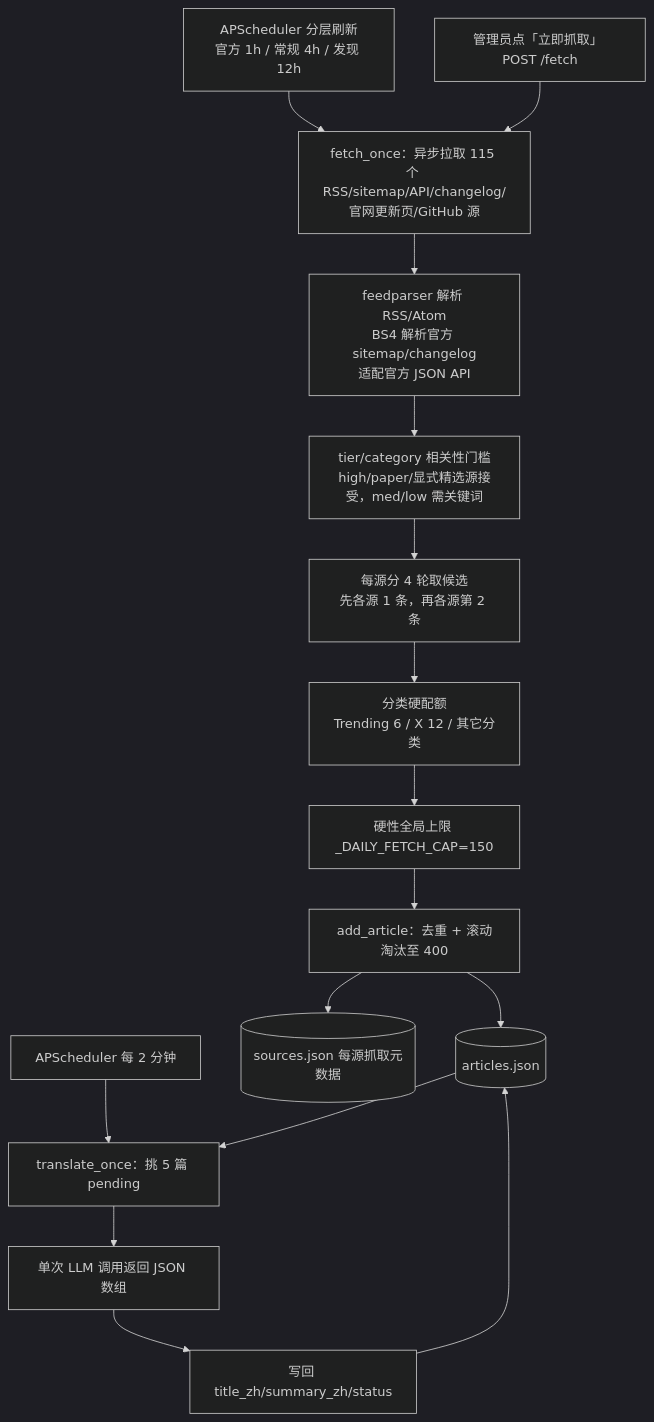
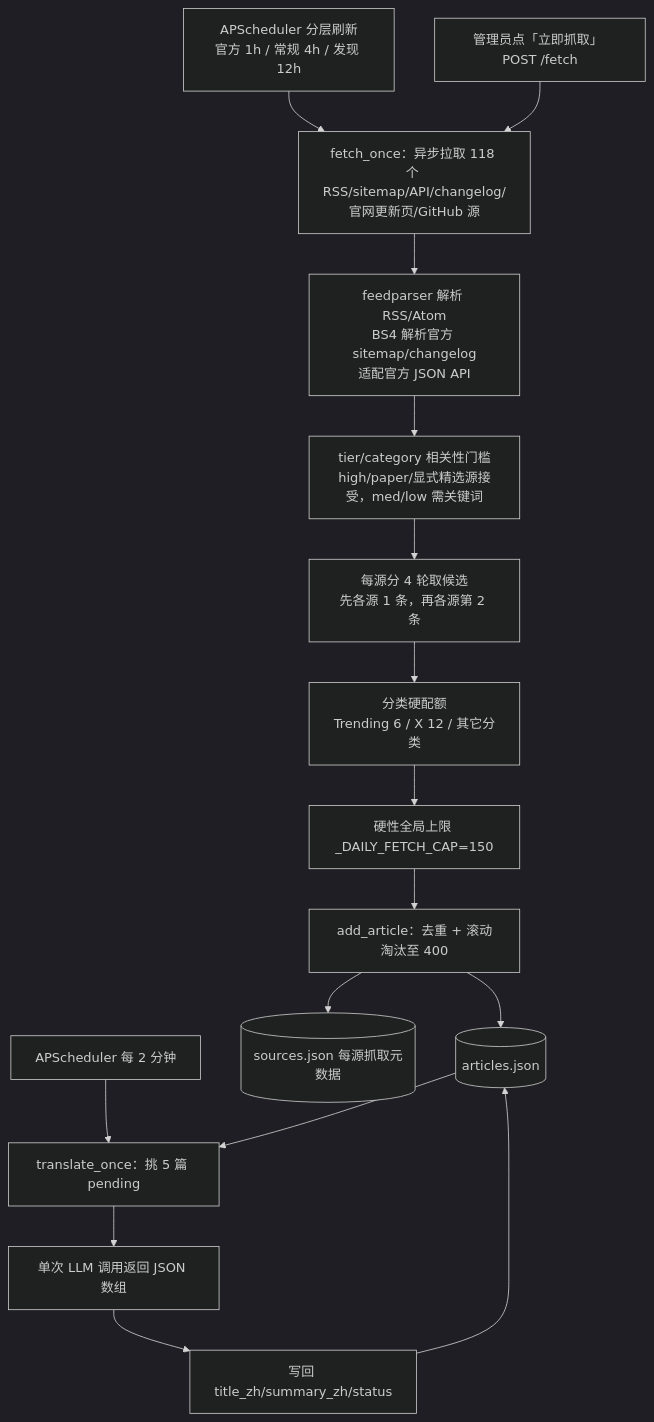
The diagram in llmdoc/architecture/rss-pipeline-architecture.md (nikefd/ai-frontier-agent), drawn with Mermaid (dark theme) before and after one commit. The commit also changed other lines of this file and 13 other files, not shown here.

````diff
--- a/llmdoc/architecture/rss-pipeline-architecture.md
+++ b/llmdoc/architecture/rss-pipeline-architecture.md
@@ -10,20 +10,20 @@
 ```mermaid
 flowchart TD
   cron[APScheduler 分层刷新<br/>官方 1h / 常规 4h / 发现 12h] --> fetch
   manual[管理员点「立即抓取」 POST /fetch] --> fetch
-  fetch[fetch_once：异步拉取 115 个 RSS/sitemap/API/changelog/官网更新页/GitHub 源]
+  fetch[fetch_once：异步拉取 118 个 RSS/sitemap/API/changelog/官网更新页/GitHub 源]
   fetch --> parse[feedparser 解析 RSS/Atom<br/>BS4 解析官方 sitemap/changelog<br/>适配官方 JSON API]
   parse --> gate[tier/category 相关性门槛<br/>high/paper/显式精选源接受，med/low 需关键词]
   gate --> rounds[每源分 4 轮取候选<br/>先各源 1 条，再各源第 2 条]
   rounds --> category[分类硬配额<br/>Trending 6 / X 12 / 其它分类]
   category --> global[硬性全局上限 _DAILY_FETCH_CAP=150]
   global --> store[add_article：去重 + 滚动淘汰至 400]
   store --> articles[(articles.json)]
   store --> meta[(sources.json 每源抓取元数据)]
 
   tick[APScheduler 每 2 分钟] --> trans[translate_once：挑 5 篇 pending]
   articles --> trans
   trans --> llm[单次 LLM 调用返回 JSON 数组]
   llm --> writeback[写回 title_zh/summary_zh/status]
   writeback --> articles
 ```
````
